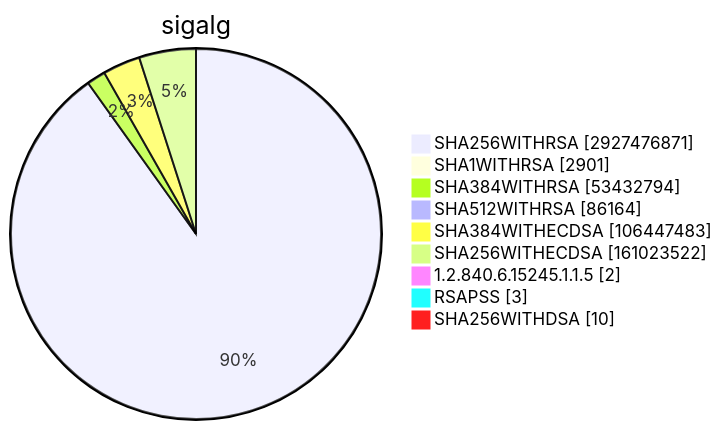
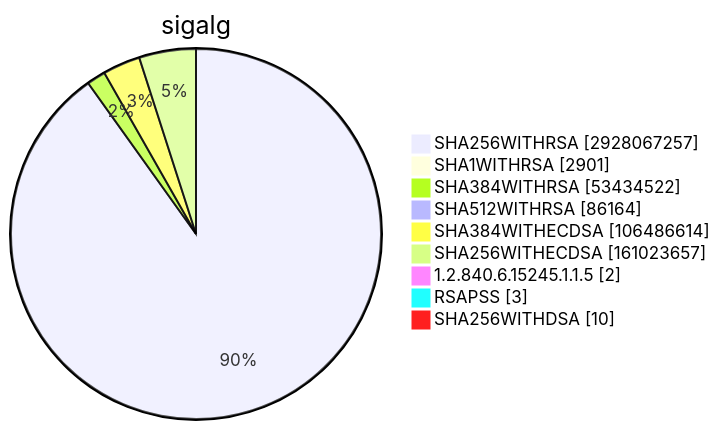
Before and after one commit to christiankrug/ctmonitor_visualization: diagram 15 of 15 in TOTAL/README.md, drawn with Mermaid. The commit also changed other lines of this file, not shown here.

````diff
--- a/TOTAL/README.md
+++ b/TOTAL/README.md
@@ -6207,13 +6207,13 @@
 ```mermaid
 pie showData
 title sigalg
-"SHA256WITHRSA" :2927476871
+"SHA256WITHRSA" :2928067257
 "SHA1WITHRSA" :2901
-"SHA384WITHRSA" :53432794
+"SHA384WITHRSA" :53434522
 "SHA512WITHRSA" :86164
-"SHA384WITHECDSA" :106447483
-"SHA256WITHECDSA" :161023522
+"SHA384WITHECDSA" :106486614
+"SHA256WITHECDSA" :161023657
 "1.2.840.6.15245.1.1.5" :2
 "RSAPSS" :3
 "SHA256WITHDSA" :10
 ```
````
